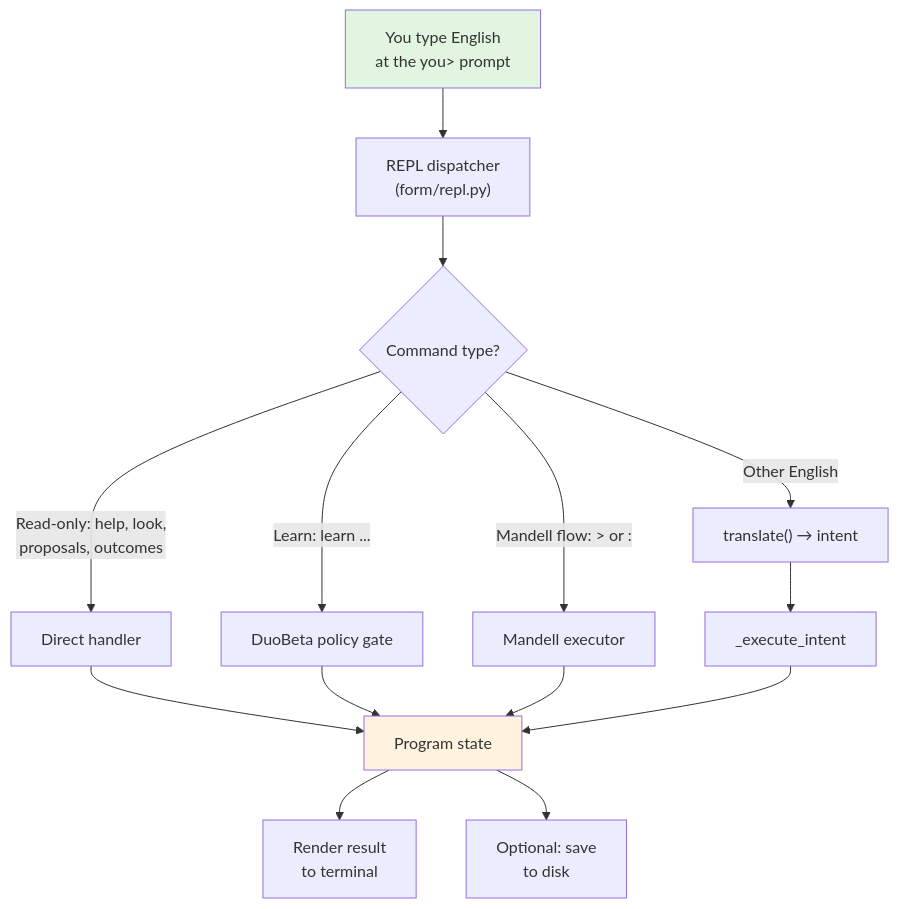
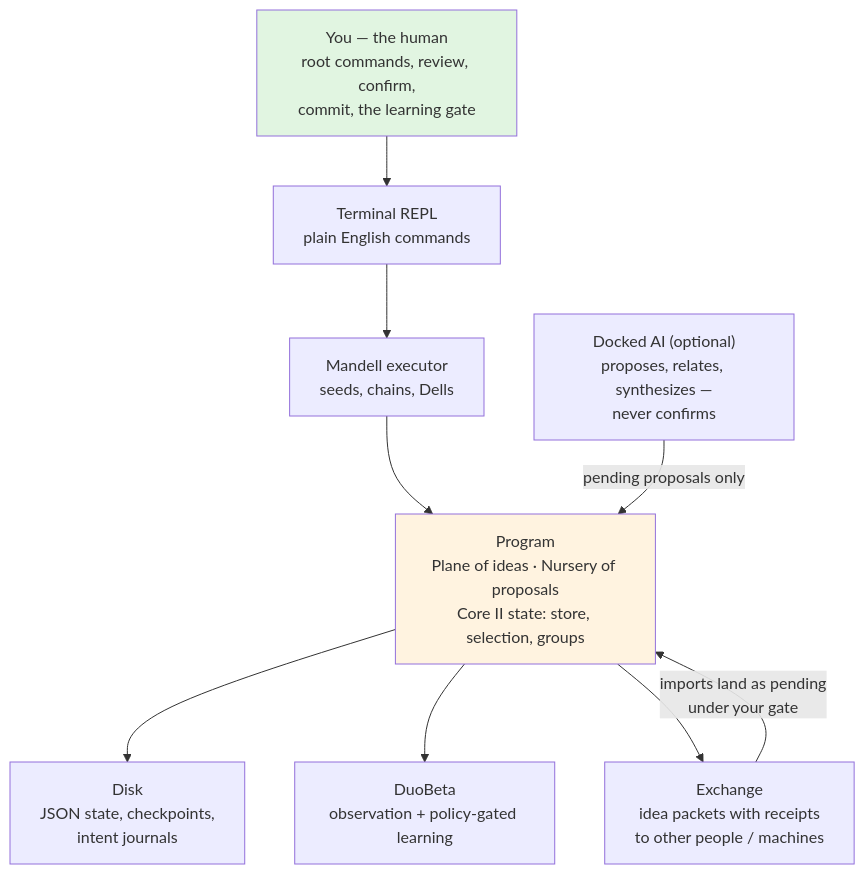
One commit to spiritualityhandbook-netizen/DellMatrix changed the diagram in README.md. Above: the diagram before and after it, drawn with Mermaid. The commit also changed other lines of this file, not shown here.

First line of the commit message:
README overhaul: full-program explanation for any reader (Ace directive 2026-11-01)

````diff
--- a/README.md
+++ b/README.md
@@ -95,19 +50,23 @@
 ```mermaid
 flowchart TD
-    A["You type English\nat the you> prompt"] --> B["REPL dispatcher\n(form/repl.py)"]
-    B --> C{"Command type?"}
-    C -->|"Read-only: help, look,\nproposals, outcomes"| D["Direct handler"]
-    C -->|"Learn: learn ..."| E["DuoBeta policy gate"]
-    C -->|"Mandell flow: > or :"| F["Mandell executor"]
-    C -->|"Other English"| G["translate() → intent"]
-    G --> H["_execute_intent"]
-    D --> I["Program state"]
-    E --> I
-    F --> I
-    H --> I
-    I --> J["Render result\nto terminal"]
-    I --> K["Optional: save\nto disk"]
+    H["You — the human<br/>root commands, review, confirm,<br/>commit, the learning gate"]
+    R["Terminal REPL<br/>plain English commands"]
+    M["Mandell executor<br/>seeds, chains, Dells"]
+    P["Program<br/>Plane of ideas · Nursery of proposals<br/>Core II state: store, selection, groups"]
+    D["Disk<br/>JSON state, checkpoints,<br/>intent journals"]
+    AI["Docked AI (optional)<br/>proposes, relates, synthesizes —<br/>never confirms"]
+    DB["DuoBeta<br/>observation + policy-gated learning"]
+    EX["Exchange<br/>idea packets with receipts<br/>to other people / machines"]
 
-    style A fill:#e1f5e1
-    style I fill:#fff3e0
+    H --> R
+    R --> M
+    M --> P
+    P --> D
+    AI -->|"pending proposals only"| P
+    P --> DB
+    P --> EX
+    EX -->|"imports land as pending<br/>under your gate"| P
+
+    style H fill:#e1f5e1
+    style P fill:#fff3e0
 ```
````
